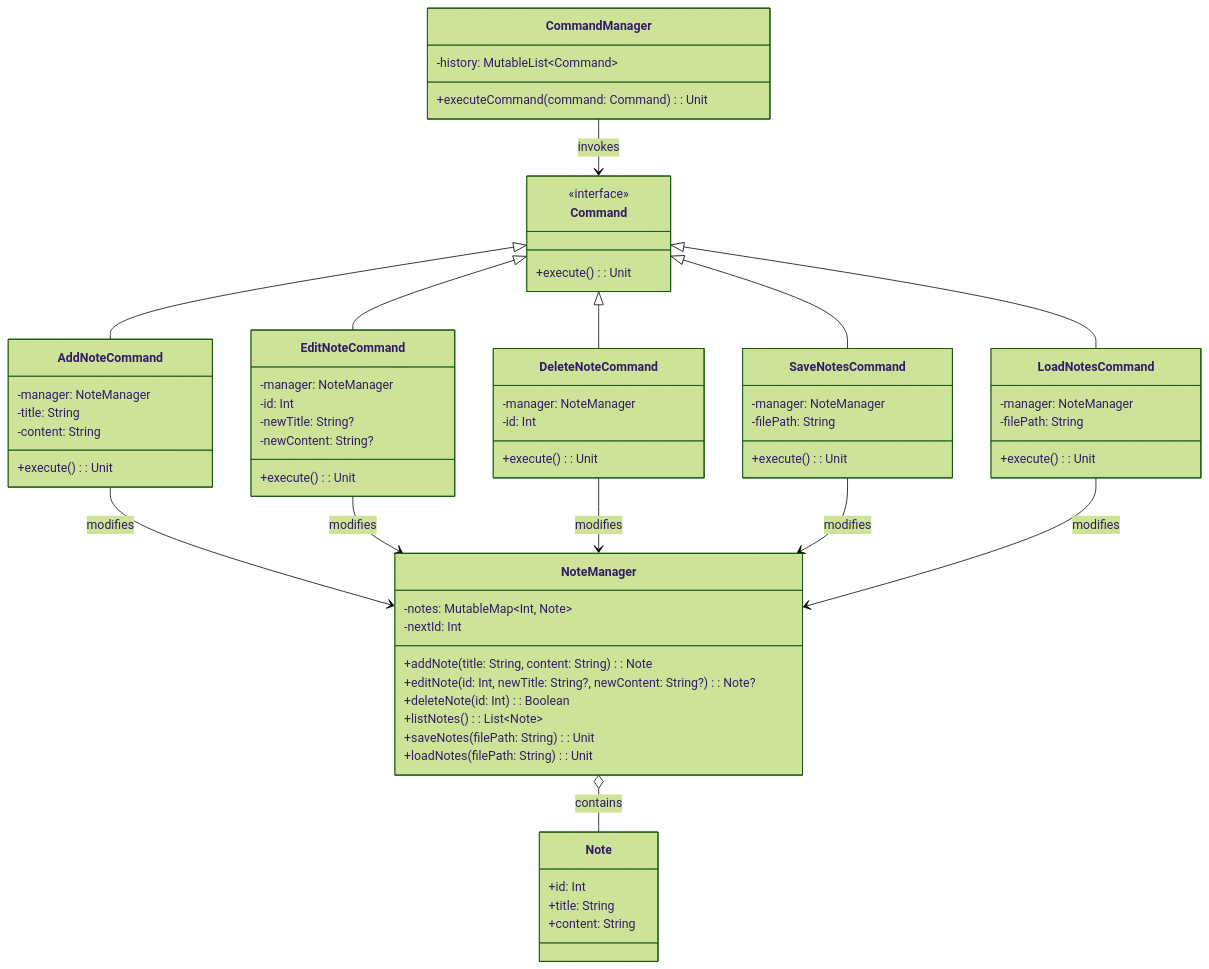
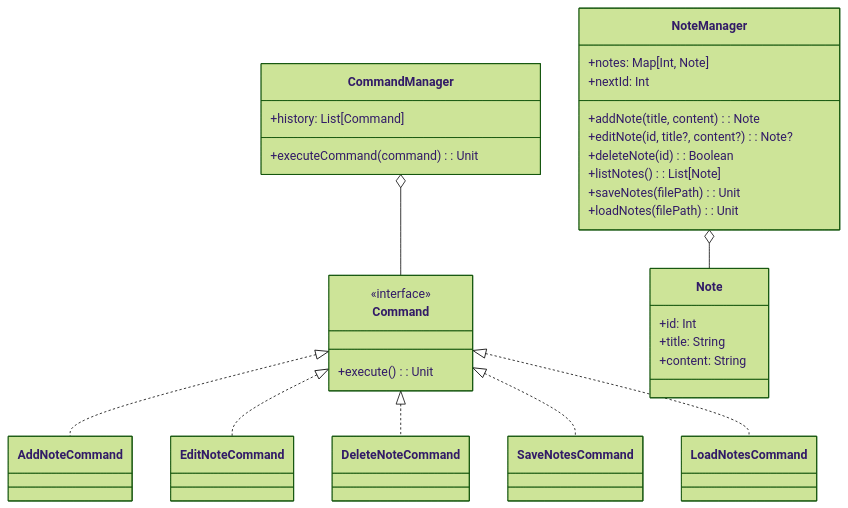
One commit to rbleggi/tech-pocs changed the diagram in kotlin/note-taking/README.md. Above: the diagram before and after it, drawn with Mermaid (forest theme). The commit also changed other lines of this file, not shown here.

````diff
--- a/kotlin/note-taking/README.md
+++ b/kotlin/note-taking/README.md
@@ -29,77 +29,34 @@
 ```mermaid
 classDiagram
     direction TB
-
     class Command {
         <<interface>>
         +execute(): Unit
     }
-
-    class AddNoteCommand {
-        -manager: NoteManager
-        -title: String
-        -content: String
-        +execute(): Unit
+    class NoteManager {
+        +notes: Map[Int, Note]
+        +nextId: Int
+        +addNote(title, content): Note
+        +editNote(id, title?, content?): Note?
+        +deleteNote(id): Boolean
+        +listNotes(): List[Note]
+        +saveNotes(filePath): Unit
+        +loadNotes(filePath): Unit
     }
-
-    class EditNoteCommand {
-        -manager: NoteManager
-        -id: Int
-        -newTitle: String?
-        -newContent: String?
-        +execute(): Unit
-    }
-
-    class DeleteNoteCommand {
-        -manager: NoteManager
-        -id: Int
-        +execute(): Unit
-    }
-
-    class SaveNotesCommand {
-        -manager: NoteManager
-        -filePath: String
-        +execute(): Unit
-    }
-
-    class LoadNotesCommand {
-        -manager: NoteManager
-        -filePath: String
-        +execute(): Unit
-    }
-
     class Note {
         +id: Int
         +title: String
         +content: String
     }
-
-    class NoteManager {
-        -notes: MutableMap~Int, Note~
-        -nextId: Int
-        +addNote(title: String, content: String): Note
-        +editNote(id: Int, newTitle: String?, newContent: String?): Note?
-        +deleteNote(id: Int): Boolean
-        +listNotes(): List~Note~
-        +saveNotes(filePath: String): Unit
-        +loadNotes(filePath: String): Unit
+    class CommandManager {
+        +history: List[Command]
+        +executeCommand(command): Unit
     }
-
-    class CommandManager {
-        -history: MutableList~Command~
-        +executeCommand(command: Command): Unit
-    }
-
-    Command <|-- AddNoteCommand
-    Command <|-- EditNoteCommand
-    Command <|-- DeleteNoteCommand
-    Command <|-- SaveNotesCommand
-    Command <|-- LoadNotesCommand
-    AddNoteCommand --> NoteManager: modifies
-    EditNoteCommand --> NoteManager: modifies
-    DeleteNoteCommand --> NoteManager: modifies
-    SaveNotesCommand --> NoteManager: modifies
-    LoadNotesCommand --> NoteManager: modifies
-    CommandManager --> Command: invokes
-    NoteManager o-- Note: contains
+    Command <|.. AddNoteCommand
+    Command <|.. EditNoteCommand
+    Command <|.. DeleteNoteCommand
+    Command <|.. SaveNotesCommand
+    Command <|.. LoadNotesCommand
+    NoteManager o-- Note
+    CommandManager o-- Command
 ```
````
